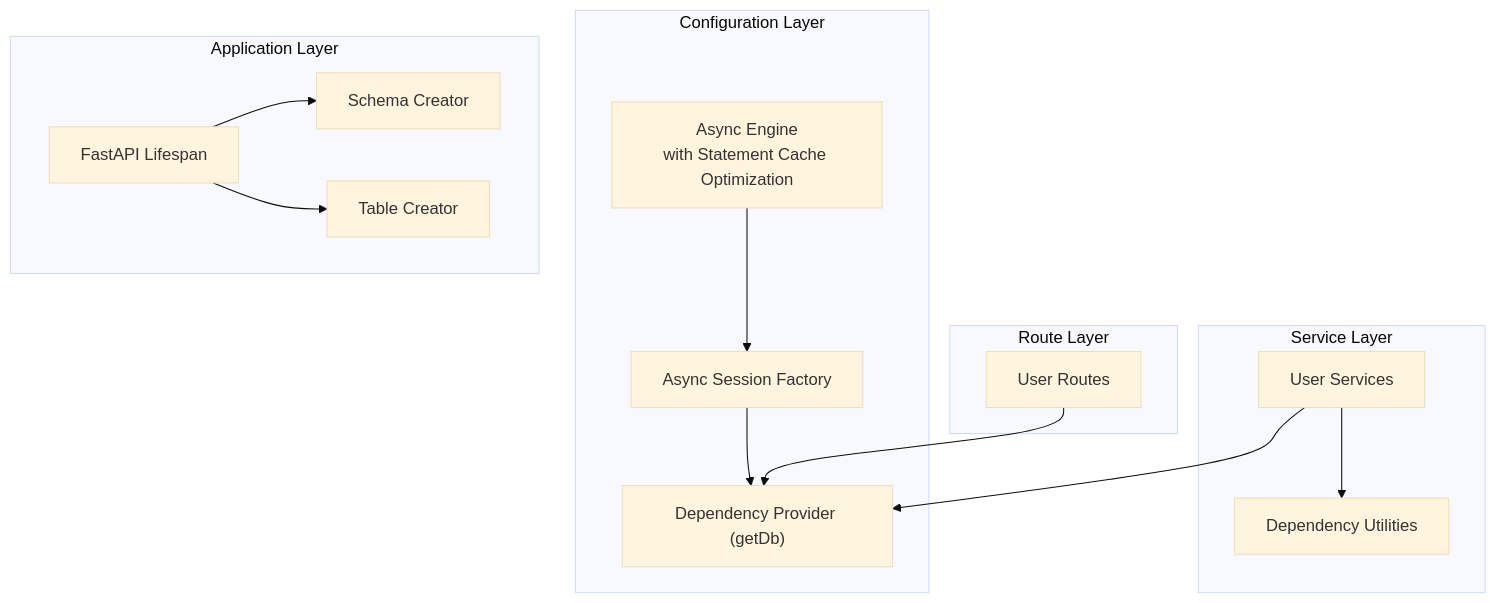
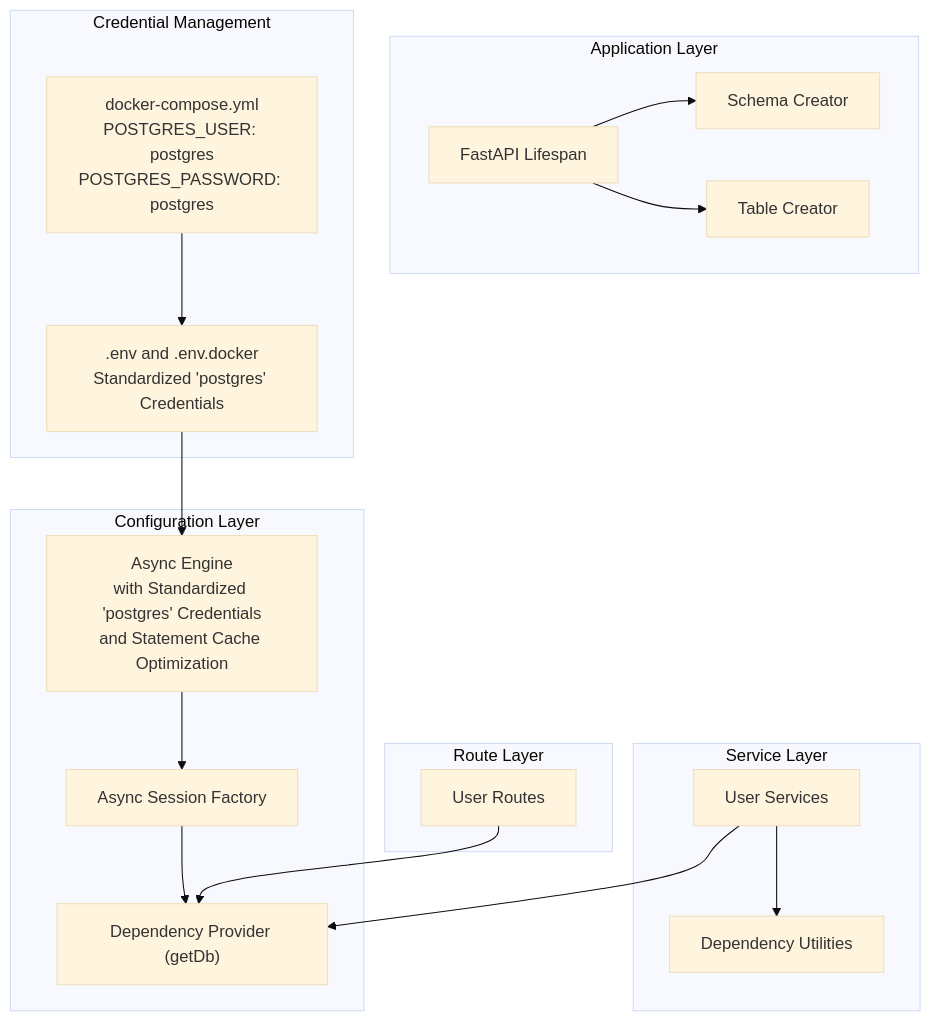
Before and after one commit to srikant-panda/auth-service: the second of 9 diagrams in .qoder/repowiki/en/content/Advanced Topics/Database Configuration and Connection Management.md, drawn with Mermaid (base theme). The commit also changed other lines of this file and 6 other files, not shown here.

````diff
--- a/.qoder/repowiki/en/content/Advanced Topics/Database Configuration and Connection Management.md
+++ b/.qoder/repowiki/en/content/Advanced Topics/Database Configuration and Connection Management.md
@@ -104,27 +116,33 @@
 ```mermaid
 graph TB
 subgraph "Configuration Layer"
-Engine["Async Engine<br/>with Statement Cache Optimization"]
+Engine["Async Engine<br/>with Standardized 'postgres' Credentials<br/>and Statement Cache Optimization"]
 SessionFactory["Async Session Factory"]
 DependencyProvider["Dependency Provider (getDb)"]
 end
 subgraph "Application Layer"
 Lifespan["FastAPI Lifespan"]
 SchemaCreator["Schema Creator"]
 TableCreator["Table Creator"]
 end
 subgraph "Route Layer"
 UserRoutes["User Routes"]
 end
 subgraph "Service Layer"
 UserServices["User Services"]
 Dependencies["Dependency Utilities"]
 end
+subgraph "Credential Management"
+EnvFiles[".env and .env.docker<br/>Standardized 'postgres' Credentials"]
+DockerCompose["docker-compose.yml<br/>POSTGRES_USER: postgres<br/>POSTGRES_PASSWORD: postgres"]
+end
 Engine --> SessionFactory
 SessionFactory --> DependencyProvider
 Lifespan --> SchemaCreator
 Lifespan --> TableCreator
 UserRoutes --> DependencyProvider
 UserServices --> DependencyProvider
 UserServices --> Dependencies
+EnvFiles --> Engine
+DockerCompose --> EnvFiles
 ```
````
